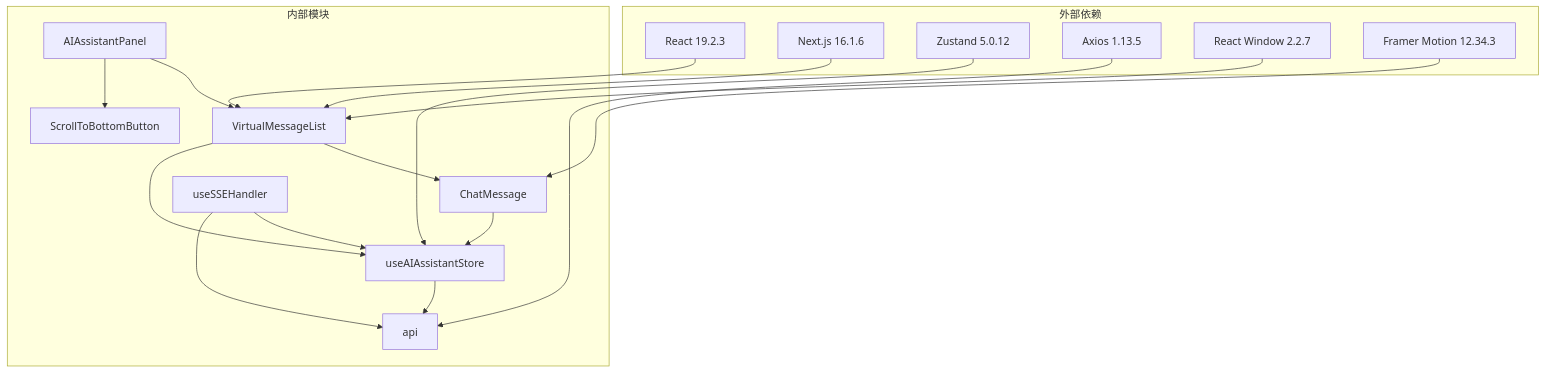
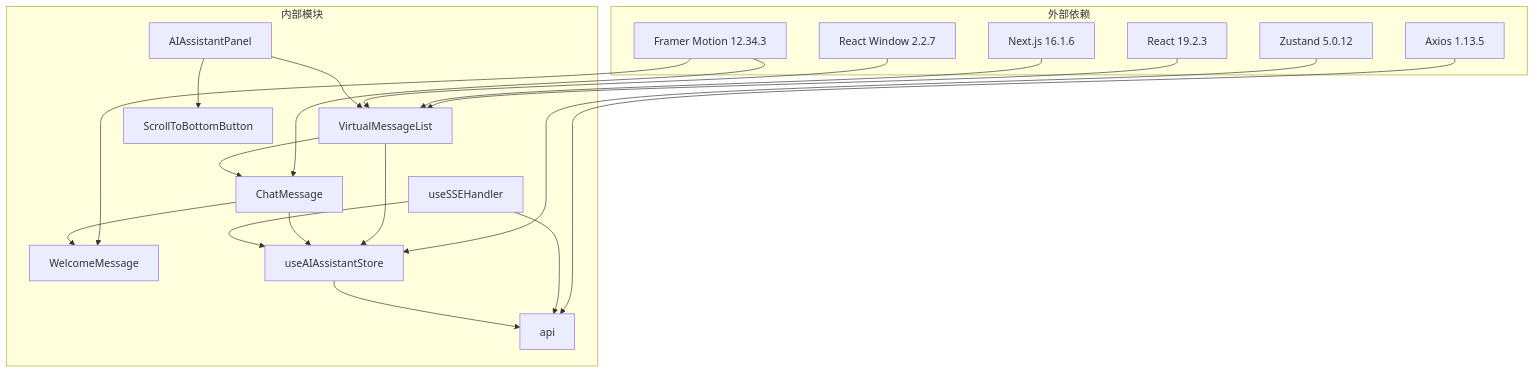
The seventh of 7 diagrams in .qoder/repowiki/zh/content/前端应用架构/UI组件库/虚拟化聊天渲染.md (KunLabAI/KunFlix), drawn with Mermaid before and after one commit. The commit also changed other lines of this file and 22 other files, not shown here.

````diff
--- a/.qoder/repowiki/zh/content/前端应用架构/UI组件库/虚拟化聊天渲染.md
+++ b/.qoder/repowiki/zh/content/前端应用架构/UI组件库/虚拟化聊天渲染.md
@@ -341,34 +389,37 @@
 ```mermaid
 graph TB
 subgraph "外部依赖"
 React[React 19.2.3]
 Next[Next.js 16.1.6]
 ZUSTAND[Zustand 5.0.12]
 AXIOS[Axios 1.13.5]
 REACTWINDOW[React Window 2.2.7]
 FramerMotion[Framer Motion 12.34.3]
 end
 subgraph "内部模块"
 VML[VirtualMessageList]
 CM[ChatMessage]
+WM[WelcomeMessage]
 AAP[AIAssistantPanel]
 SSE[useSSEHandler]
 STORE[useAIAssistantStore]
 API[api]
 STBB[ScrollToBottomButton]
 end
 React --> VML
 Next --> VML
 ZUSTAND --> STORE
 AXIOS --> API
 REACTWINDOW --> VML
 FramerMotion --> CM
+FramerMotion --> WM
 AAP --> VML
 AAP --> STBB
 VML --> CM
 VML --> STORE
 CM --> STORE
+CM --> WM
 SSE --> STORE
 SSE --> API
 STORE --> API
 ```
````
